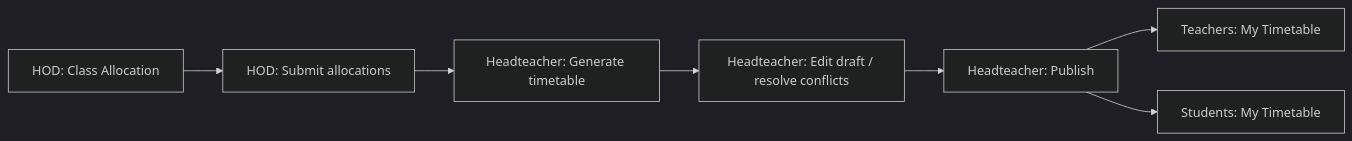
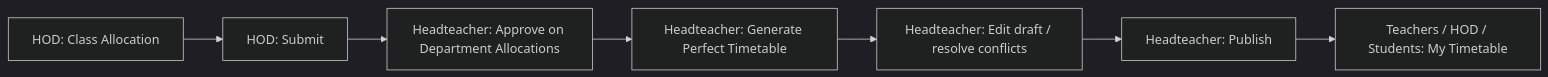
One commit to bernardzulu23/school_management_systems changed the diagram in docs/USER_GUIDE.md. Above: the diagram before and after it, drawn with Mermaid (dark theme). The commit also changed other lines of this file and 19 other files, not shown here.

````diff
--- a/docs/USER_GUIDE.md
+++ b/docs/USER_GUIDE.md
@@ -750,9 +750,9 @@
 ```mermaid
 flowchart LR
-  A[HOD: Class Allocation] --> B[HOD: Submit allocations]
-  B --> C[Headteacher: Generate timetable]
-  C --> D[Headteacher: Edit draft / resolve conflicts]
-  D --> E[Headteacher: Publish]
-  E --> F[Teachers: My Timetable]
-  E --> G[Students: My Timetable]
+  A[HOD: Class Allocation] --> B[HOD: Submit]
+  B --> C[Headteacher: Approve on Department Allocations]
+  C --> D[Headteacher: Generate Perfect Timetable]
+  D --> E[Headteacher: Edit draft / resolve conflicts]
+  E --> F[Headteacher: Publish]
+  F --> G[Teachers / HOD / Students: My Timetable]
 ```
````
